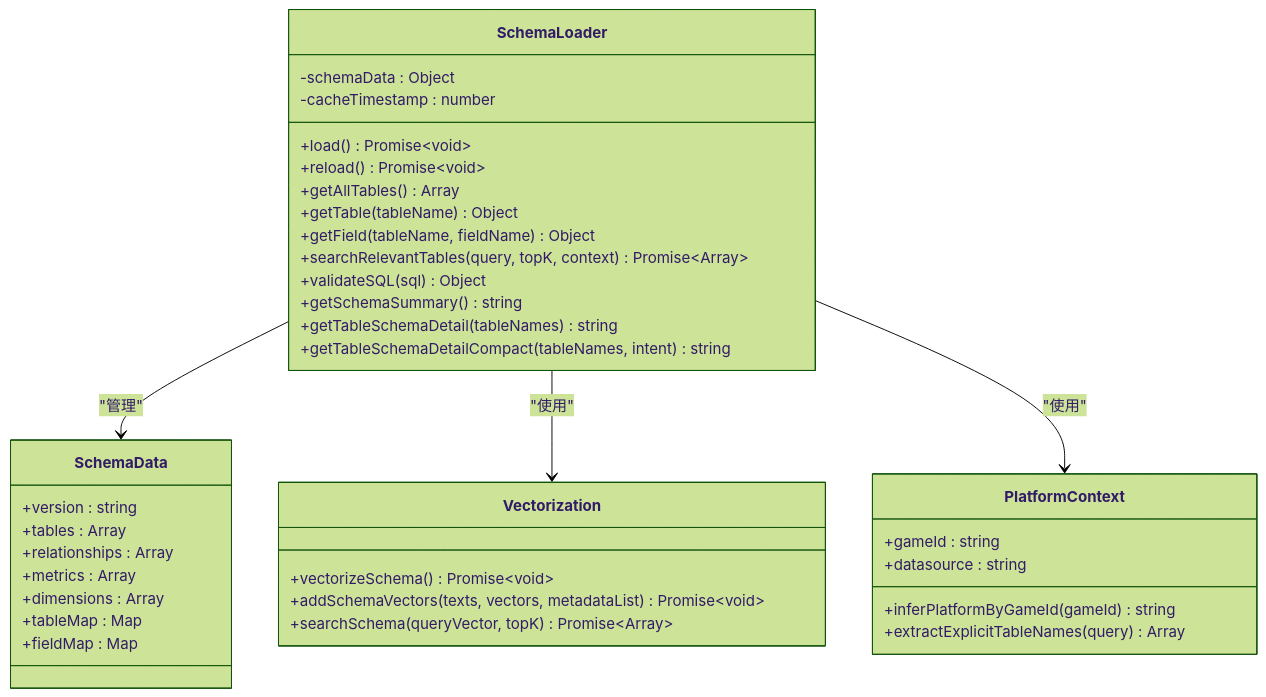
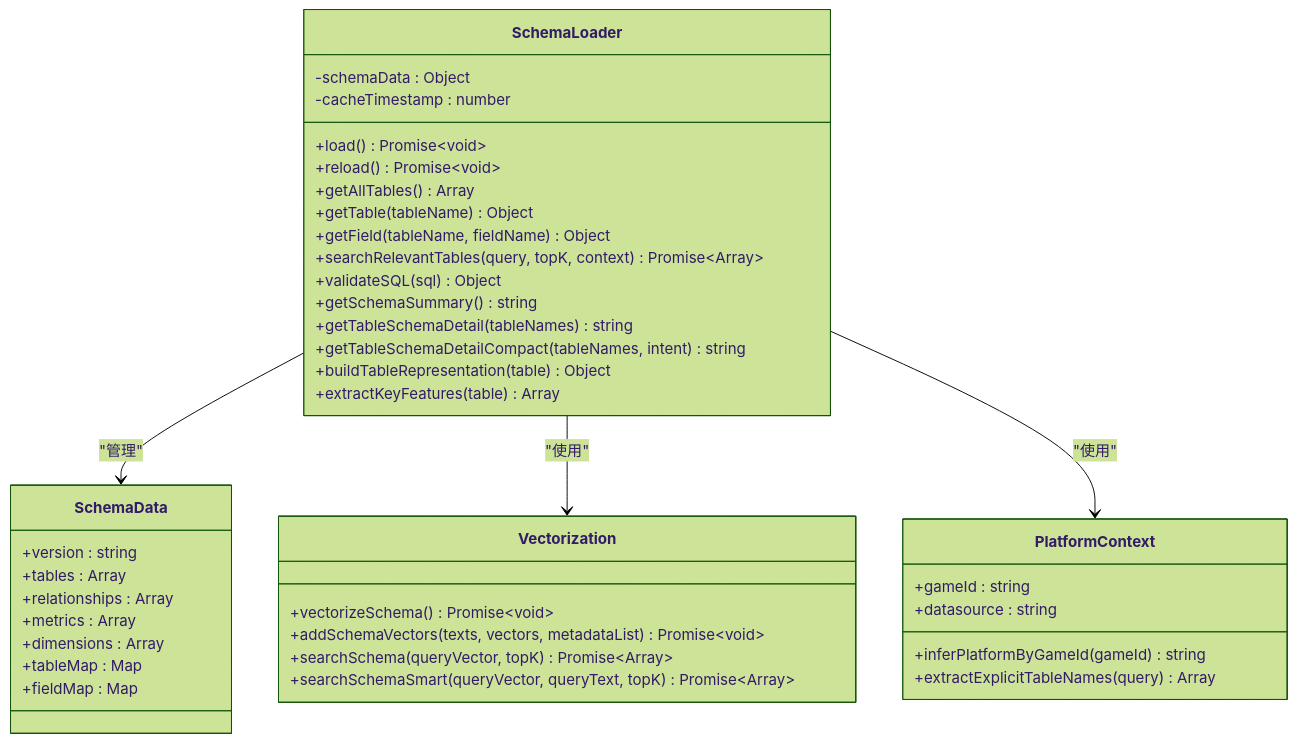
Diagram 22 of 34 in .qoder/repowiki/zh/content/核心模块详解/NL2SQL自然语言到SQL系统/NL2SQL自然语言到SQL系统.md (HanHuiOnLine/724-office), drawn with Mermaid (forest theme) before and after one commit. The commit also changed other lines of this file and 5 other files, not shown here.

````diff
--- a/.qoder/repowiki/zh/content/核心模块详解/NL2SQL自然语言到SQL系统/NL2SQL自然语言到SQL系统.md
+++ b/.qoder/repowiki/zh/content/核心模块详解/NL2SQL自然语言到SQL系统/NL2SQL自然语言到SQL系统.md
@@ -1038,40 +1042,43 @@
 ```mermaid
 classDiagram
 class SchemaLoader {
 -schemaData : Object
 -cacheTimestamp : number
 +load() Promise~void~
 +reload() Promise~void~
 +getAllTables() Array
 +getTable(tableName) Object
 +getField(tableName, fieldName) Object
 +searchRelevantTables(query, topK, context) Promise~Array~
 +validateSQL(sql) Object
 +getSchemaSummary() string
 +getTableSchemaDetail(tableNames) string
 +getTableSchemaDetailCompact(tableNames, intent) string
++buildTableRepresentation(table) Object
++extractKeyFeatures(table) Array
 }
 class SchemaData {
 +version : string
 +tables : Array
 +relationships : Array
 +metrics : Array
 +dimensions : Array
 +tableMap : Map
 +fieldMap : Map
 }
 class Vectorization {
 +vectorizeSchema() Promise~void~
 +addSchemaVectors(texts, vectors, metadataList) Promise~void~
 +searchSchema(queryVector, topK) Promise~Array~
++searchSchemaSmart(queryVector, queryText, topK) Promise~Array~
 }
 class PlatformContext {
 +gameId : string
 +datasource : string
 +inferPlatformByGameId(gameId) string
 +extractExplicitTableNames(query) Array
 }
 SchemaLoader --> SchemaData : "管理"
 SchemaLoader --> Vectorization : "使用"
 SchemaLoader --> PlatformContext : "使用"
 ```
````
